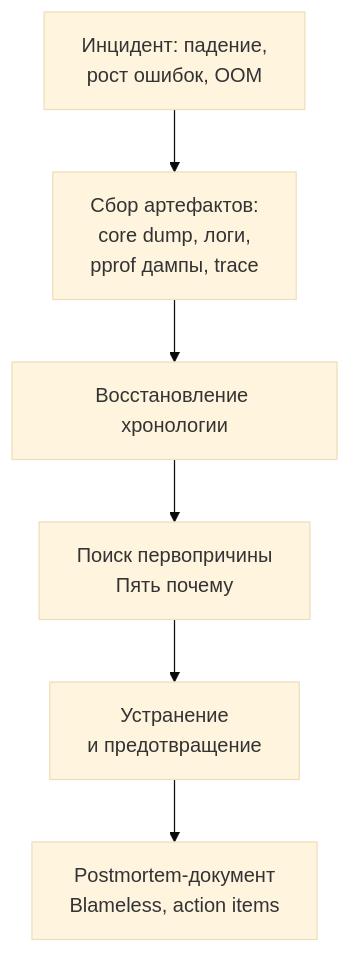
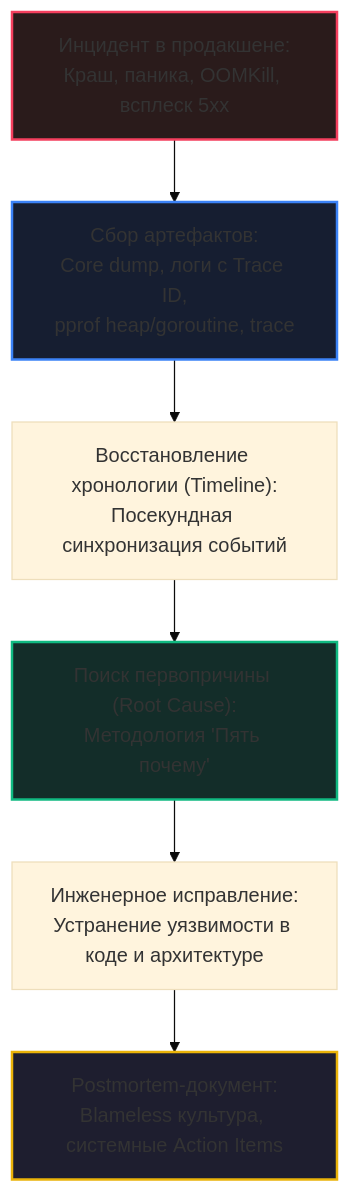
The diagram in sources/16. Профилирование, отладка и производительность/11. Debugging/5. Postmortem анализ.md (UnrealTemplier/go-textbook), drawn with Mermaid (base theme) before and after one commit. The commit also changed other lines of this file, not shown here.

Commit message:
feat(module-16): editorial rewrite of 5. Postmortem анализ in Kernighan style

````diff
--- a/sources/16. Профилирование, отладка и производительность/11. Debugging/5. Postmortem анализ.md
+++ b/sources/16. Профилирование, отладка и производительность/11. Debugging/5. Postmortem анализ.md
@@ -21,8 +25,15 @@
 ```mermaid
 flowchart TD
-    Incident["Инцидент: падение,<br>рост ошибок, OOM"] --> Artifacts["Сбор артефактов:<br>core dump, логи,<br>pprof дампы, trace"]
-    Artifacts --> Timeline["Восстановление хронологии"]
-    Timeline --> RootCause["Поиск первопричины<br>Пять почему"]
-    RootCause --> Fix["Устранение<br>и предотвращение"]
-    Fix --> PostmortemDoc["Postmortem-документ<br>Blameless, action items"]
+    Incident["Инцидент в продакшене:<br>Краш, паника, OOMKill, всплеск 5xx"] --> Artifacts["Сбор артефактов:<br>Core dump, логи с Trace ID,<br>pprof heap/goroutine, trace"]
+    
+    Artifacts --> Timeline["Восстановление хронологии (Timeline):<br>Посекундная синхронизация событий"]
+    Timeline --> RootCause["Поиск первопричины (Root Cause):<br>Методология 'Пять почему'"]
+    
+    RootCause --> Fix["Инженерное исправление:<br>Устранение уязвимости в коде и архитектуре"]
+    Fix --> PostmortemDoc["Postmortem-документ:<br>Blameless культура, системные Action Items"]
+    
+    style Incident fill:#2a1b1b,stroke:#f43f5e,stroke-width:2px
+    style Artifacts fill:#161e31,stroke:#3b82f6,stroke-width:2px
+    style RootCause fill:#132d29,stroke:#10b981,stroke-width:2px
+    style PostmortemDoc fill:#1e1e2f,stroke:#eab308,stroke-width:2px
 ```
````
